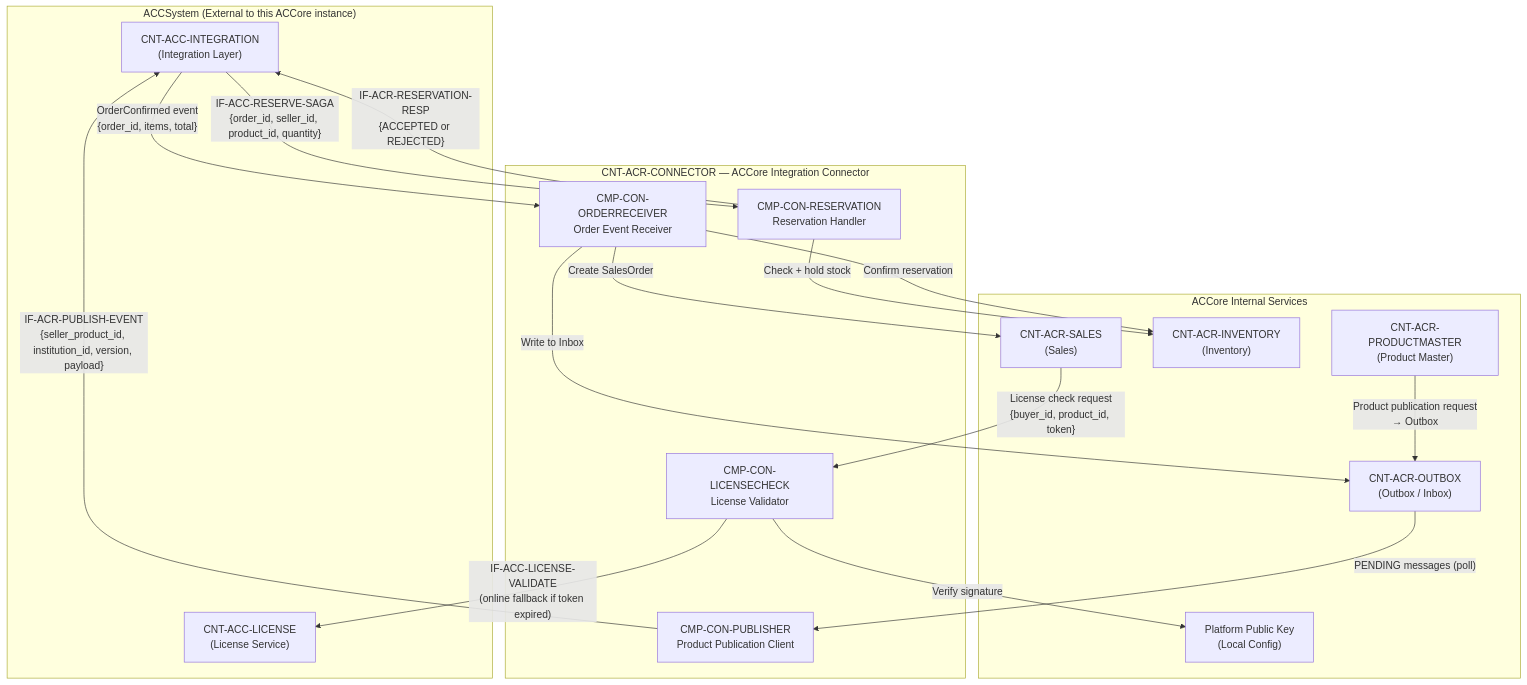
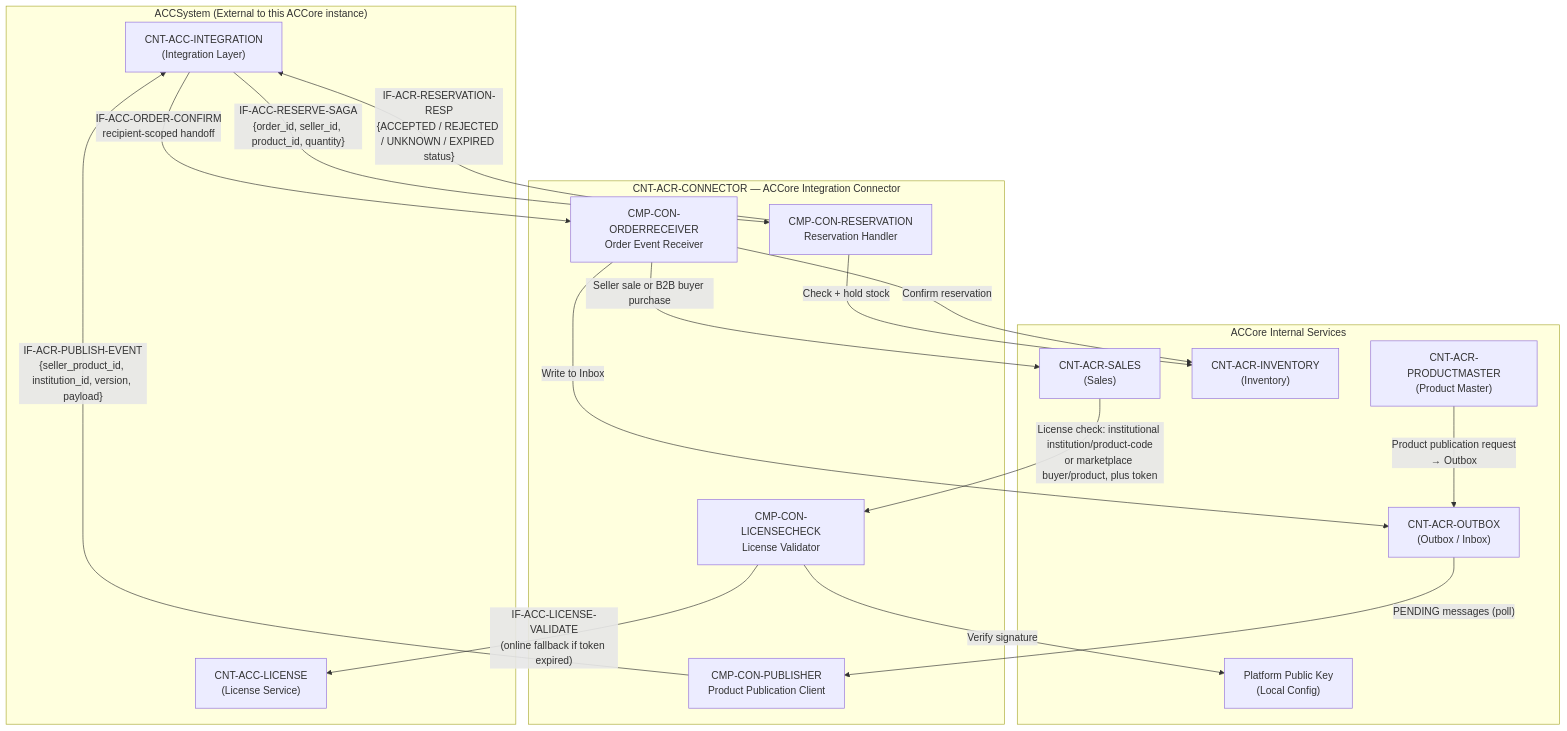
Before and after one commit to Emran025/accsystem: the diagram in acc-architecture/c3-components/CNT-ACR-CONNECTOR/component-diagram.md, drawn with Mermaid. The commit also changed other lines of this file and 71 other files, not shown here.

Commit message:
Repair ACC architecture documentation contracts and audits

````diff
--- a/acc-architecture/c3-components/CNT-ACR-CONNECTOR/component-diagram.md
+++ b/acc-architecture/c3-components/CNT-ACR-CONNECTOR/component-diagram.md
@@ -11,43 +11,43 @@
 ```mermaid
 flowchart TD
     subgraph ACCSystem["ACCSystem (External to this ACCore instance)"]
         INTEGRATION["CNT-ACC-INTEGRATION\n(Integration Layer)"]
         LICENSE["CNT-ACC-LICENSE\n(License Service)"]
     end
 
     subgraph ACCore["CNT-ACR-CONNECTOR — ACCore Integration Connector"]
         PUBLISHER["CMP-CON-PUBLISHER\nProduct Publication Client"]
         RESERVATION["CMP-CON-RESERVATION\nReservation Handler"]
         ORDERRECEIVER["CMP-CON-ORDERRECEIVER\nOrder Event Receiver"]
         LICENSECHECK["CMP-CON-LICENSECHECK\nLicense Validator"]
     end
 
     subgraph ACCoreInternals["ACCore Internal Services"]
         OUTBOX["CNT-ACR-OUTBOX\n(Outbox / Inbox)"]
         PRODUCTMASTER["CNT-ACR-PRODUCTMASTER\n(Product Master)"]
         INVENTORY["CNT-ACR-INVENTORY\n(Inventory)"]
         SALES["CNT-ACR-SALES\n(Sales)"]
         KEYSTORE["Platform Public Key\n(Local Config)"]
     end
 
     %% Publication flow (ACCore → ACCSystem)
     PRODUCTMASTER -->|"Product publication request\n→ Outbox"| OUTBOX
     OUTBOX -->|"PENDING messages (poll)"| PUBLISHER
     PUBLISHER -->|"IF-ACR-PUBLISH-EVENT\n{seller_product_id, institution_id, version, payload}"| INTEGRATION
 
     %% Reservation flow (ACCSystem → ACCore → ACCSystem)
     INTEGRATION -->|"IF-ACC-RESERVE-SAGA\n{order_id, seller_id, product_id, quantity}"| RESERVATION
     RESERVATION -->|"Check + hold stock"| INVENTORY
-    RESERVATION -->|"IF-ACR-RESERVATION-RESP\n{ACCEPTED or REJECTED}"| INTEGRATION
+    RESERVATION -->|"IF-ACR-RESERVATION-RESP\n{ACCEPTED / REJECTED / UNKNOWN / EXPIRED status}"| INTEGRATION
 
     %% Order confirmation flow (ACCSystem → ACCore)
-    INTEGRATION -->|"OrderConfirmed event\n{order_id, items, total}"| ORDERRECEIVER
+    INTEGRATION -->|"IF-ACC-ORDER-CONFIRM\nrecipient-scoped handoff"| ORDERRECEIVER
     ORDERRECEIVER -->|"Write to Inbox"| OUTBOX
-    ORDERRECEIVER -->|"Create SalesOrder"| SALES
+    ORDERRECEIVER -->|"Seller sale or B2B buyer purchase"| SALES
     ORDERRECEIVER -->|"Confirm reservation"| INVENTORY
 
     %% License validation flow (ACCore app → local check → optional online)
-    SALES -->|"License check request\n{buyer_id, product_id, token}"| LICENSECHECK
+    SALES -->|"License check: institutional institution/product-code\nor marketplace buyer/product, plus token"| LICENSECHECK
     LICENSECHECK -->|"Verify signature"| KEYSTORE
     LICENSECHECK -->|"IF-ACC-LICENSE-VALIDATE\n(online fallback if token expired)"| LICENSE
 ```
````
